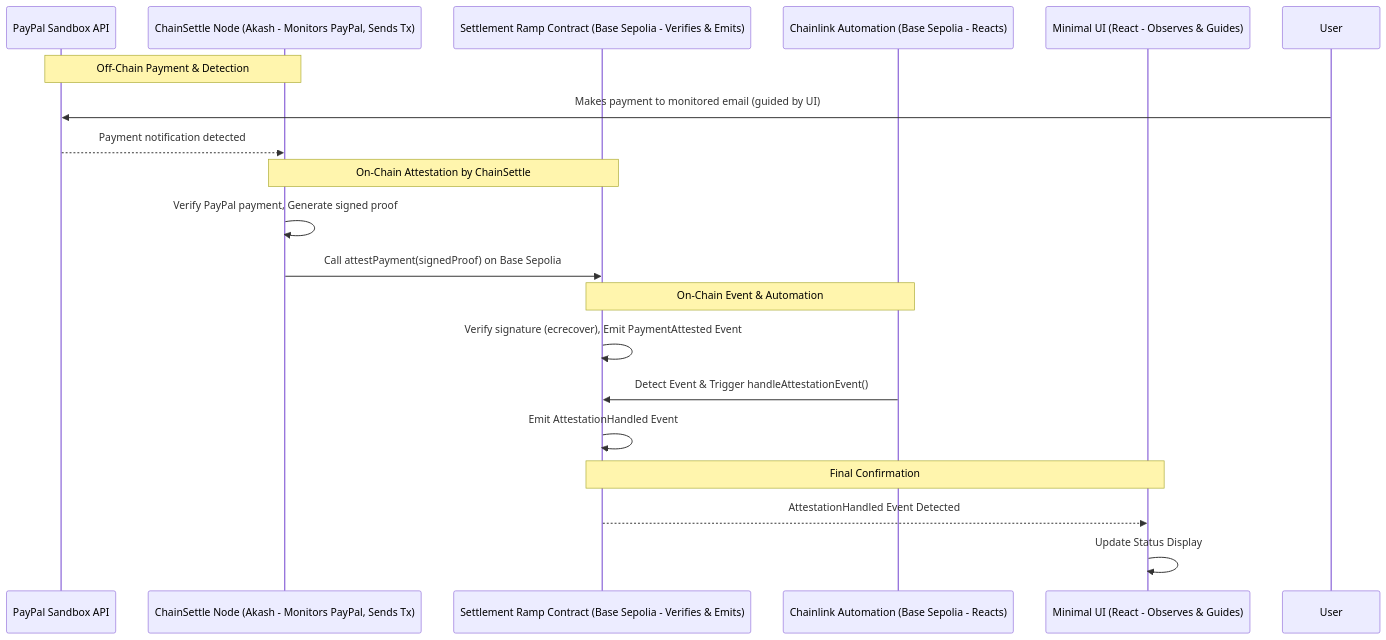
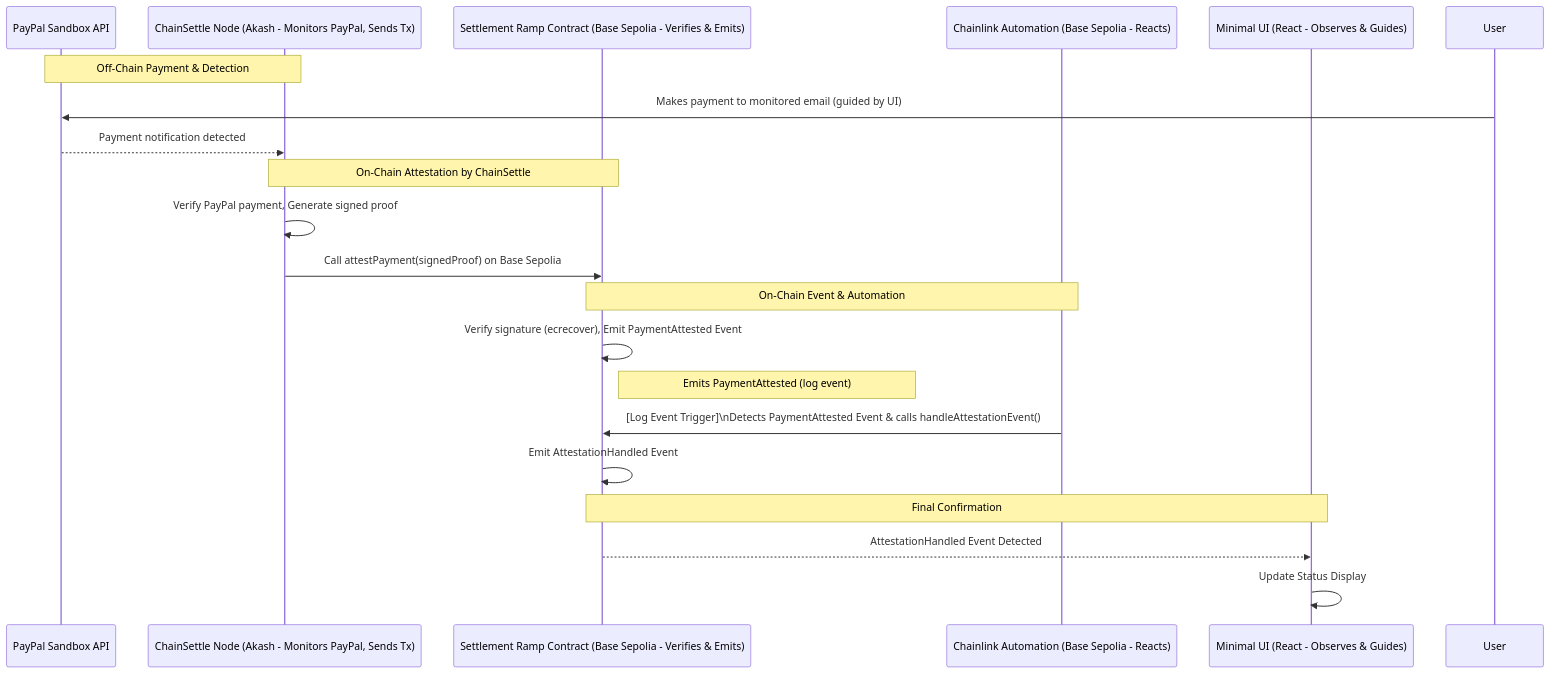
Before and after one commit to tapilew/settlement-ramp: the diagram in README.md, drawn with Mermaid. The commit also changed other lines of this file, not shown here.

Commit message:
docs: update README redaction and architecture

````diff
--- a/README.md
+++ b/README.md
@@ -104,25 +67,26 @@
 ```mermaid
 sequenceDiagram
     participant PayPal_Sandbox as PayPal Sandbox API
     participant ChainSettle as ChainSettle Node (Akash - Monitors PayPal, Sends Tx)
     participant Base_Contract as Settlement Ramp Contract (Base Sepolia - Verifies & Emits)
     participant CL_Automation as Chainlink Automation (Base Sepolia - Reacts)
     participant UI as Minimal UI (React - Observes & Guides)
 
     Note over PayPal_Sandbox, ChainSettle: Off-Chain Payment & Detection
     User->>PayPal_Sandbox: Makes payment to monitored email (guided by UI)
     PayPal_Sandbox-->>ChainSettle: Payment notification detected
 
     Note over ChainSettle, Base_Contract: On-Chain Attestation by ChainSettle
     ChainSettle->>ChainSettle: Verify PayPal payment, Generate signed proof
     ChainSettle->>Base_Contract: Call attestPayment(signedProof) on Base Sepolia
 
     Note over Base_Contract, CL_Automation: On-Chain Event & Automation
     Base_Contract->>Base_Contract: Verify signature (ecrecover), Emit PaymentAttested Event
-    CL_Automation->>Base_Contract: Detect Event & Trigger handleAttestationEvent()
+    Note right of Base_Contract: Emits PaymentAttested (log event)
+    CL_Automation->>Base_Contract: [Log Event Trigger]\nDetects PaymentAttested Event & calls handleAttestationEvent()
     Base_Contract->>Base_Contract: Emit AttestationHandled Event
 
     Note over Base_Contract, UI: Final Confirmation
     Base_Contract-->>UI: AttestationHandled Event Detected
     UI->>UI: Update Status Display
 ```
````
